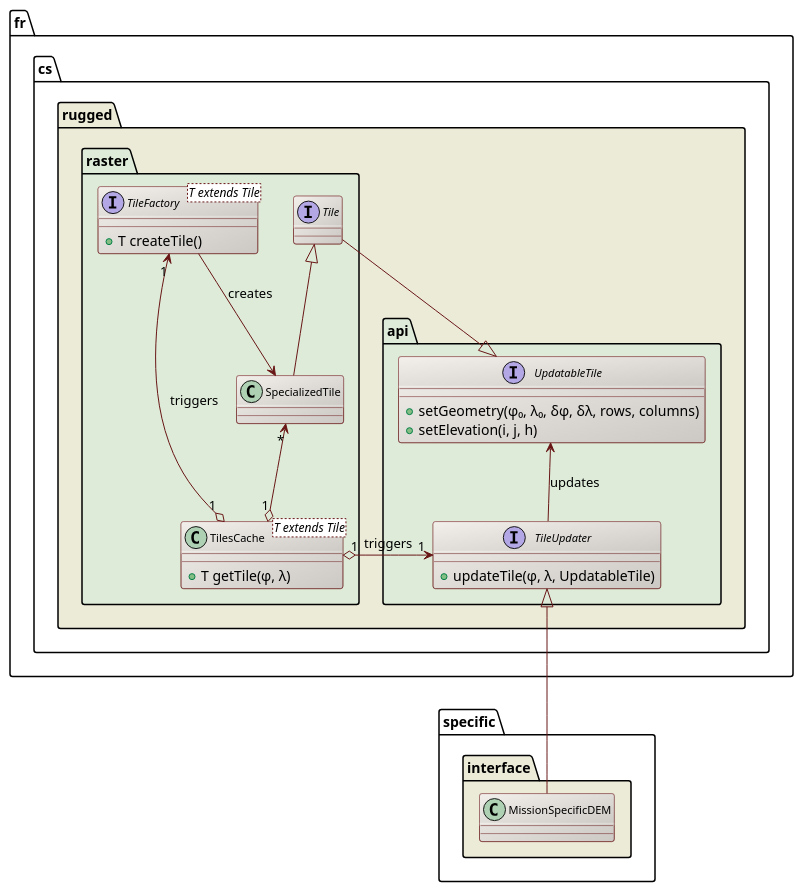
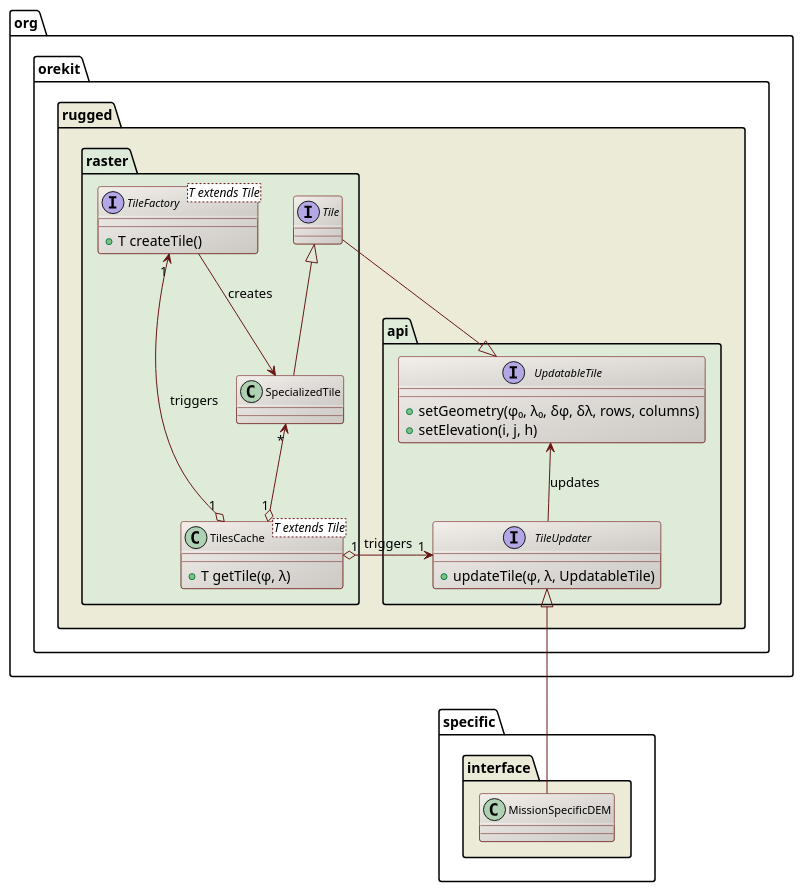
One commit to CS-SI/Rugged changed the diagram in design/dem-loading-class-diagram.puml. Above: the diagram before and after it, drawn with PlantUML.

Commit message:
Fixed top package name.

```diff
--- a/design/dem-loading-class-diagram.puml
+++ b/design/dem-loading-class-diagram.puml
@@ -17,48 +17,48 @@
 @startuml
 
   skinparam svek                  true
   skinparam ClassBackgroundColor  #F3EFEB/CCC9C5
   skinparam ClassArrowColor       #691616
   skinparam ClassBorderColor      #691616
   skinparam NoteBackgroundColor   #F3EFEB
   skinparam NoteBorderColor       #691616
   skinparam NoteFontColor         #691616
   skinparam ClassFontSize         11
 
-  package fr.cs.rugged #ECEBD8 {
+  package org.orekit.rugged #ECEBD8 {
 
     package api #DDEBD8 {
       interface UpdatableTile {
         +setGeometry(φ₀, λ₀, δφ, δλ, rows, columns)
         +setElevation(i, j, h)
       }
       interface TileUpdater {
         +updateTile(φ, λ, UpdatableTile)
       }
       UpdatableTile <-- TileUpdater : updates
     }
 
     package raster #DDEBD8 {
      interface Tile
      class SpecializedTile
       interface "TileFactory<T extends Tile>" as TileFactory_T_ {
         +T createTile()
       }
       class "TilesCache<T extends Tile>" as TilesCache_T_ {
         + T getTile(φ, λ)
       }
       Tile --|> UpdatableTile
       Tile <|-- SpecializedTile
       SpecializedTile "*" <--o "1" TilesCache_T_
      TileUpdater  "1" <--o "1" TilesCache_T_ : triggers
      TileFactory_T_  "1" <--o "1" TilesCache_T_ : triggers
      TileFactory_T_  --> SpecializedTile : creates
     }
 
   }
 
   package specific.interface #ECEBD8 {
     TileUpdater <|-- MissionSpecificDEM
   }
 
 @enduml
```
